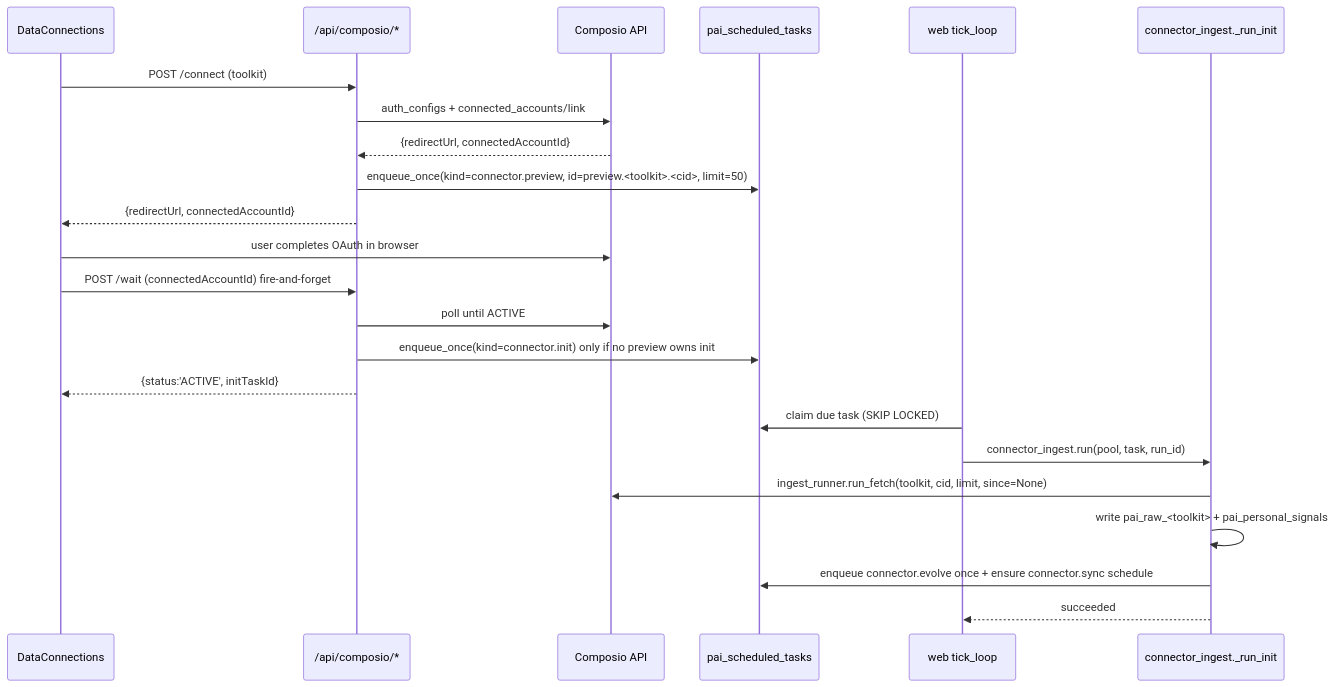
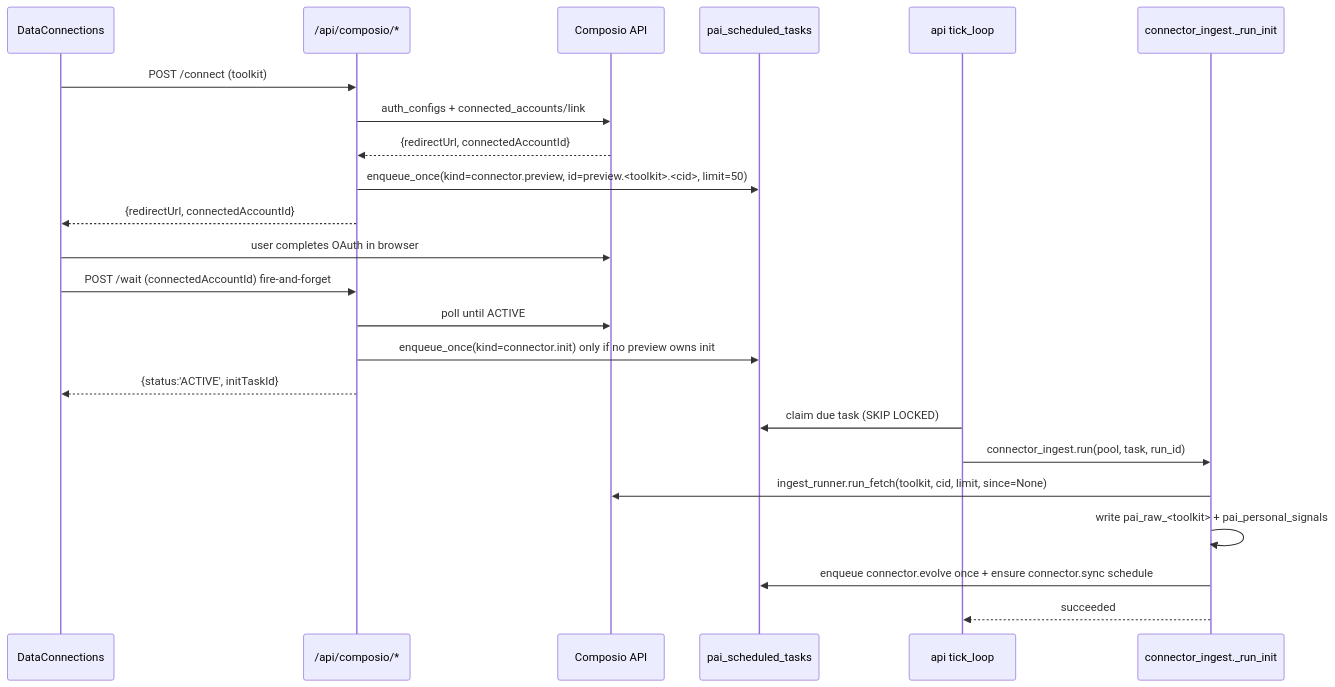
Before and after one commit to Edge-AI-HQ/proactive-assistant: the second of 4 diagrams in docs/modules/data-connectors.mdx, drawn with Mermaid. The commit also changed other lines of this file and 69 other files, not shown here.

````diff
--- a/docs/modules/data-connectors.mdx
+++ b/docs/modules/data-connectors.mdx
@@ -117,26 +117,26 @@
 ```mermaid
 sequenceDiagram
   participant UI as DataConnections
   participant Route as /api/composio/*
   participant Composio as Composio API
   participant Q as pai_scheduled_tasks
-  participant Sched as web tick_loop
+  participant Sched as api tick_loop
   participant H as connector_ingest._run_init
 
   UI->>Route: POST /connect (toolkit)
   Route->>Composio: auth_configs + connected_accounts/link
   Composio-->>Route: {redirectUrl, connectedAccountId}
   Route->>Q: enqueue_once(kind=connector.preview, id=preview.<toolkit>.<cid>, limit=50)
   Route-->>UI: {redirectUrl, connectedAccountId}
   UI->>Composio: user completes OAuth in browser
   UI->>Route: POST /wait (connectedAccountId) fire-and-forget
   Route->>Composio: poll until ACTIVE
   Route->>Q: enqueue_once(kind=connector.init) only if no preview owns init
   Route-->>UI: {status:'ACTIVE', initTaskId}
   Sched->>Q: claim due task (SKIP LOCKED)
   Sched->>H: connector_ingest.run(pool, task, run_id)
   H->>Composio: ingest_runner.run_fetch(toolkit, cid, limit, since=None)
   H->>H: write pai_raw_<toolkit> + pai_personal_signals
   H->>Q: enqueue connector.evolve once + ensure connector.sync schedule
   H-->>Sched: succeeded
 ```
````
